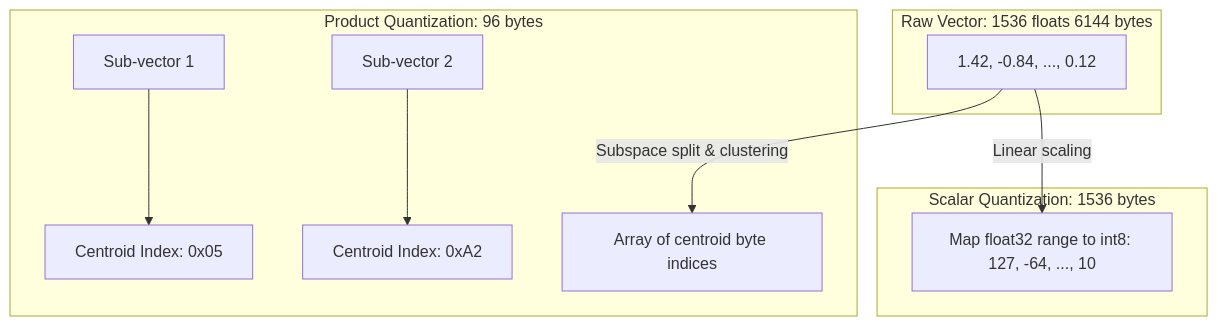
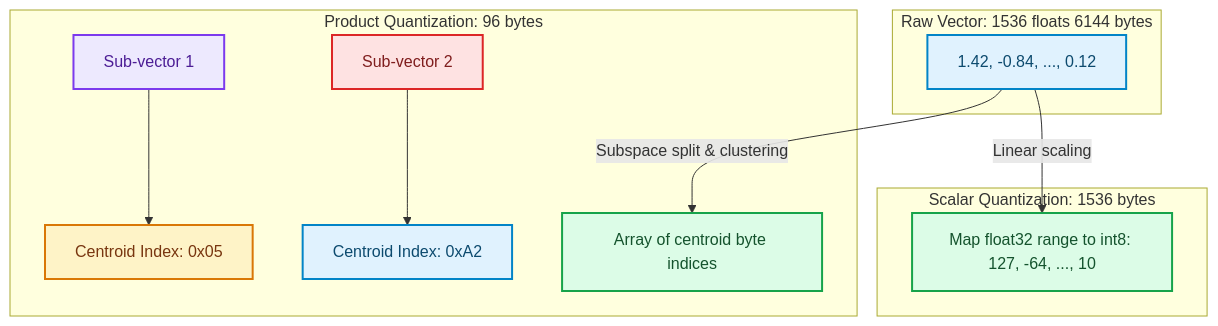
The diagram in blog/posts/vector-db-product-scalar-quantization-memory-savings.md (akmalkhaniub/akmalkhaniub.github.io), drawn with Mermaid before and after one commit. The commit also changed other lines of this file and 1291 other files, not shown here.

First line of the commit message:
feat(catalog): unique covers, scholarly references, and diagram palettes

````diff
--- a/blog/posts/vector-db-product-scalar-quantization-memory-savings.md
+++ b/blog/posts/vector-db-product-scalar-quantization-memory-savings.md
@@ -15,16 +15,27 @@
 ```mermaid
 flowchart TD
   subgraph SG1_RawVector1536 ["Raw Vector: 1536 floats 6144 bytes"]
-    Raw[1.42, -0.84, ..., 0.12]
+    Raw["1.42, -0.84, ..., 0.12"]
   end
   subgraph SG2_ScalarQuantization1536 ["Scalar Quantization: 1536 bytes"]
-    SQ[Map float32 range to int8: 127, -64, ..., 10]
+    SQ["Map float32 range to int8: 127, -64, ..., 10"]
   end
   subgraph SG3_ProductQuantization96 ["Product Quantization: 96 bytes"]
-    Sub1[Sub-vector 1] --> Centroid1[Centroid Index: 0x05]
-    Sub2[Sub-vector 2] --> Centroid2[Centroid Index: 0xA2]
-    PQ[Array of centroid byte indices]
+    Sub1["Sub-vector 1"] --> Centroid1["Centroid Index: 0x05"]
+    Sub2["Sub-vector 2"] --> Centroid2["Centroid Index: 0xA2"]
+    PQ["Array of centroid byte indices"]
   end
   Raw -->|Linear scaling| SQ
   Raw -->|Subspace split & clustering| PQ
+
+classDef green fill:#dcfce7,stroke:#16a34a,stroke-width:2px,color:#14532d;
+classDef red fill:#fee2e2,stroke:#dc2626,stroke-width:2px,color:#7f1d1d;
+classDef blue fill:#e0f2fe,stroke:#0284c7,stroke-width:2px,color:#0c4a6e;
+classDef yellow fill:#fef3c7,stroke:#d97706,stroke-width:2px,color:#78350f;
+classDef purple fill:#ede9fe,stroke:#7c3aed,stroke-width:2px,color:#4c1d95;
+class Raw,Centroid2 blue
+class SQ,PQ green
+class Sub1 purple
+class Centroid1 yellow
+class Sub2 red
 ```
````
